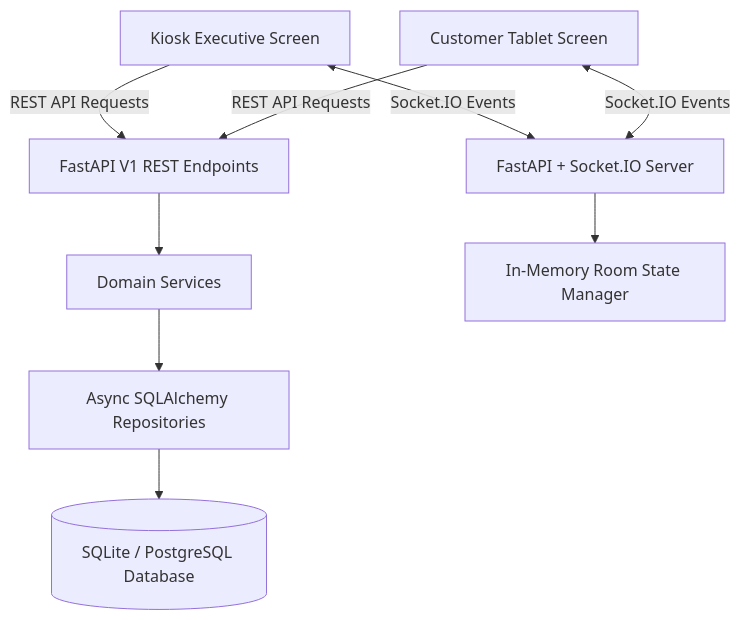
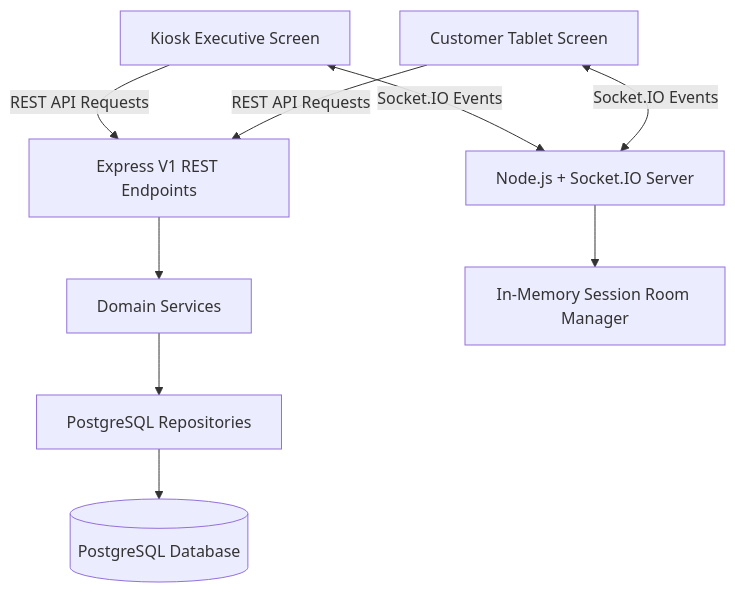
One commit to shivang-singh-mm/Kiosk changed the diagram in README.md. Above: the diagram before and after it, drawn with Mermaid. The commit also changed other lines of this file and 1 other file, not shown here.

Commit message:
fix: readme file and a constant ping for server

````diff
--- a/README.md
+++ b/README.md
@@ -46,14 +50,14 @@
 ```mermaid
 graph TD
-    Client1[Kiosk Executive Screen] <-->|Socket.IO Events| SIO[FastAPI + Socket.IO Server]
+    Client1[Kiosk Executive Screen] <-->|Socket.IO Events| SIO[Node.js + Socket.IO Server]
     Client2[Customer Tablet Screen] <-->|Socket.IO Events| SIO
     
-    Client1 -->|REST API Requests| API[FastAPI V1 REST Endpoints]
+    Client1 -->|REST API Requests| API[Express V1 REST Endpoints]
     Client2 -->|REST API Requests| API
     
     API --> Service[Domain Services]
-    Service --> Repo[Async SQLAlchemy Repositories]
-    Repo --> DB[(SQLite / PostgreSQL Database)]
+    Service --> Repo[PostgreSQL Repositories]
+    Repo --> DB[(PostgreSQL Database)]
 
-    SIO --> RoomMgr[In-Memory Room State Manager]
+    SIO --> RoomMgr[In-Memory Session Room Manager]
 ```
````
